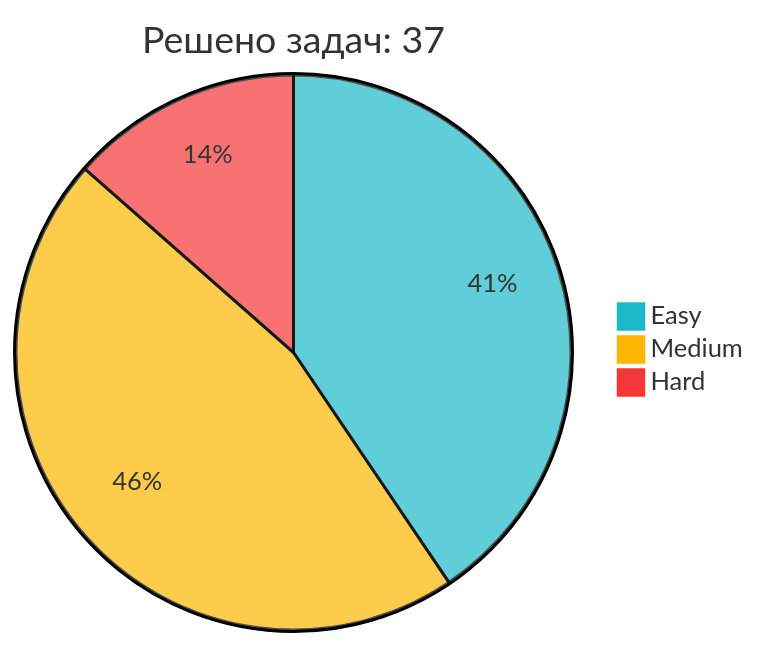
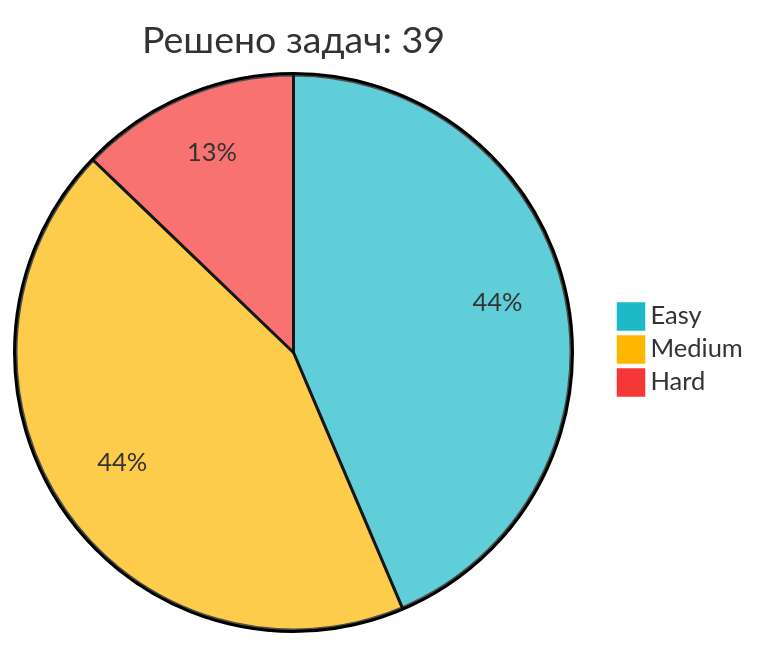
One commit to IliaKurdukov/IliaKurdukov changed the diagram in README.md. Above: the diagram before and after it, drawn with Mermaid. The commit also changed other lines of this file, not shown here.

Commit message:
📈 Обновление статистики LeetCode

````diff
--- a/README.md
+++ b/README.md
@@ -51,7 +51,7 @@
 ```mermaid
 %%{init: {'theme': 'base', 'themeVariables': { 'pie1': '#1CBAC8', 'pie2': '#FEB700', 'pie3': '#F63737' }, 'config': {'width': 300, 'height': 200}}}%%
-pie title Решено задач: 37
-   "Easy" : 15
+pie title Решено задач: 39
+   "Easy" : 17
    "Medium" : 17
    "Hard" : 5
 ```
````
